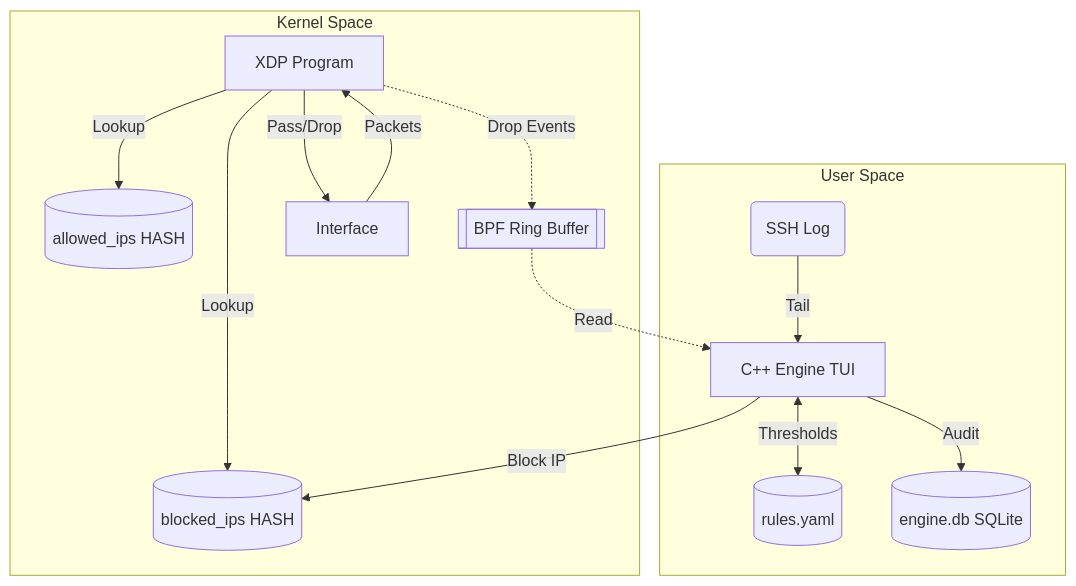
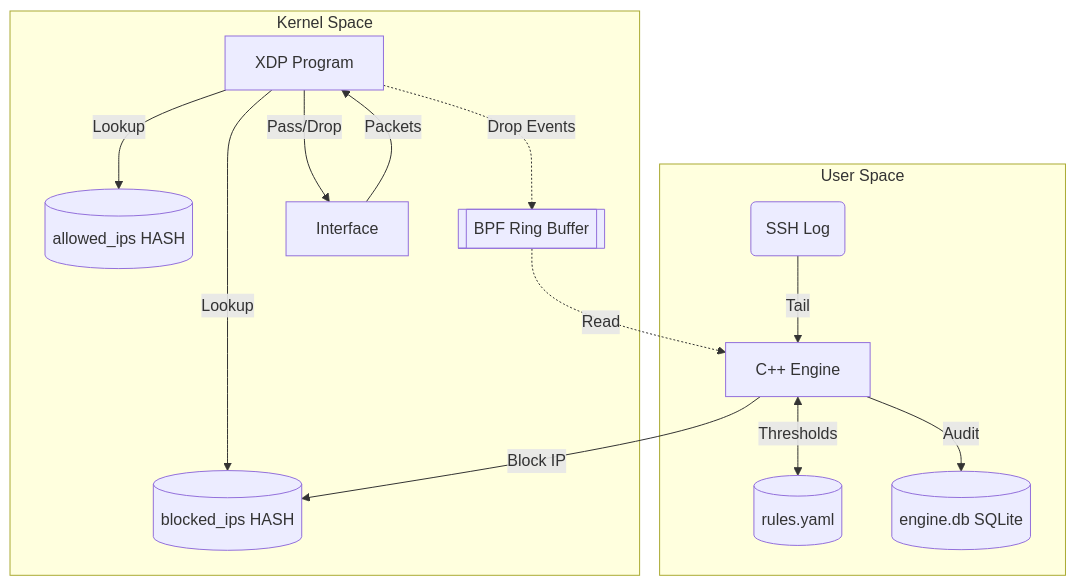
One commit to v1shad/xdp-intrusion-mitigation-engine-review2 changed the diagram in README.md. Above: the diagram before and after it, drawn with Mermaid. The commit also changed other lines of this file and 5 other files, not shown here.

````diff
--- a/README.md
+++ b/README.md
@@ -75,28 +56,28 @@
 ```mermaid
 flowchart TD
     subgraph Kernel Space
         XDP[XDP Program]
         AllowedMap[(allowed_ips HASH)]
         BlockedMap[(blocked_ips HASH)]
         RingBuf[[BPF Ring Buffer]]
         
         NIC[Interface] -->|Packets| XDP
         XDP -->|Lookup| AllowedMap
         XDP -->|Lookup| BlockedMap
         XDP -.->|Drop Events| RingBuf
         XDP -->|Pass/Drop| NIC
     end
 
     subgraph User Space
         LogFile(SSH Log)
-        Daemon[C++ Engine TUI]
+        Daemon[C++ Engine]
         Rules[(rules.yaml)]
         DB[(engine.db SQLite)]
         
         LogFile -->|Tail| Daemon
         Daemon <-->|Thresholds| Rules
         RingBuf -.->|Read| Daemon
         Daemon -->|Block IP| BlockedMap
         Daemon -->|Audit| DB
     end
 ```
````
